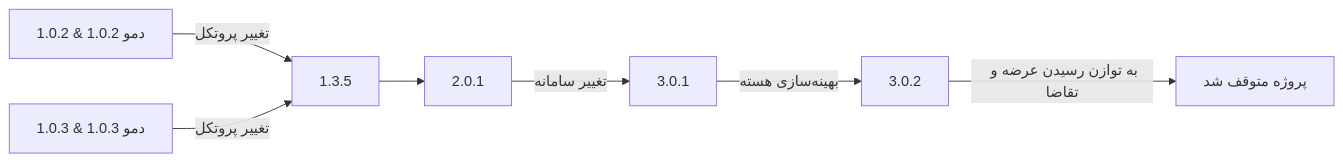
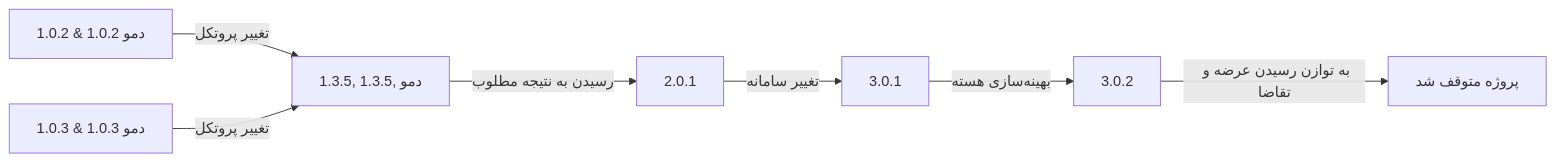
Before and after one commit to Amirhosin282/Dtire: the fourth of 4 diagrams in README.md, drawn with Mermaid. The commit also changed other lines of this file, not shown here.

````diff
--- a/README.md
+++ b/README.md
@@ -186,7 +186,7 @@
 ```mermaid
 graph LR
-    A[1.0.2 & 1.0.2 دمو] & B[1.0.3 & 1.0.3 دمو] --> |تغییر پروتکل| C[1.3.5]
-    C --> D[2.0.1] -->|تغییر سامانه| E[3.0.1]
+    A[1.0.2 & 1.0.2 دمو] & B[1.0.3 & 1.0.3 دمو] --> |تغییر پروتکل| C[1.3.5, 1.3.5, دمو]
+    C --> |رسیدن به نتیجه مطلوب| D[2.0.1] -->|تغییر سامانه| E[3.0.1]
     E -->|بهینه‌سازی هسته| F[3.0.2]
     F --> |به توازن رسیدن عرضه و تقاضا| G[پروژه متوقف شد]
 ```
````
